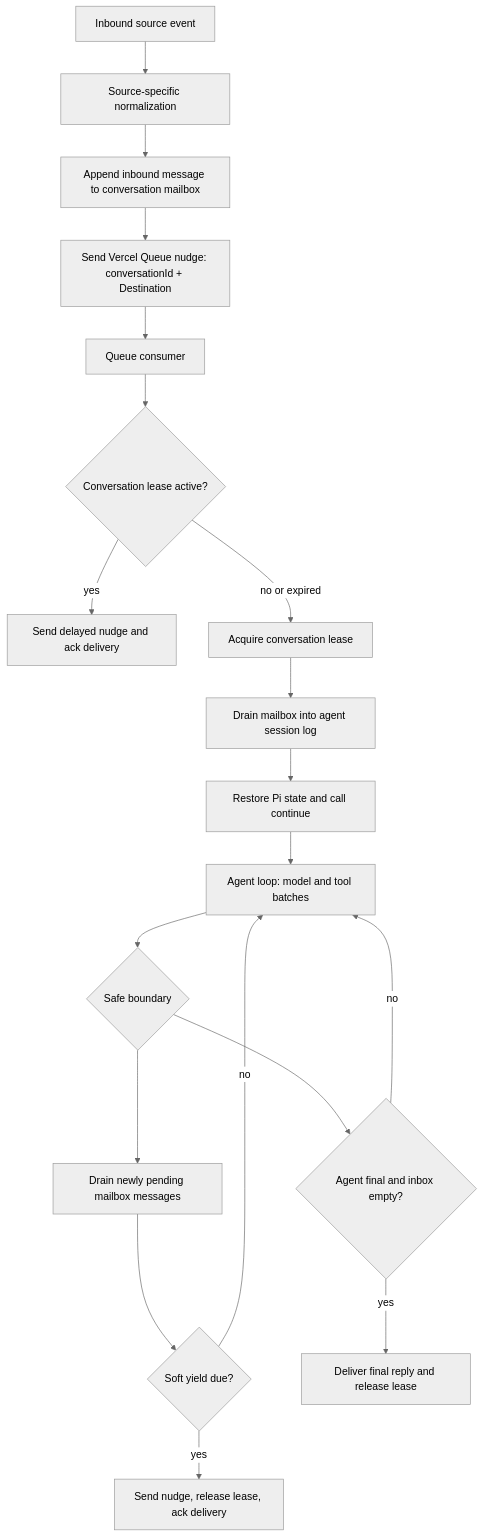
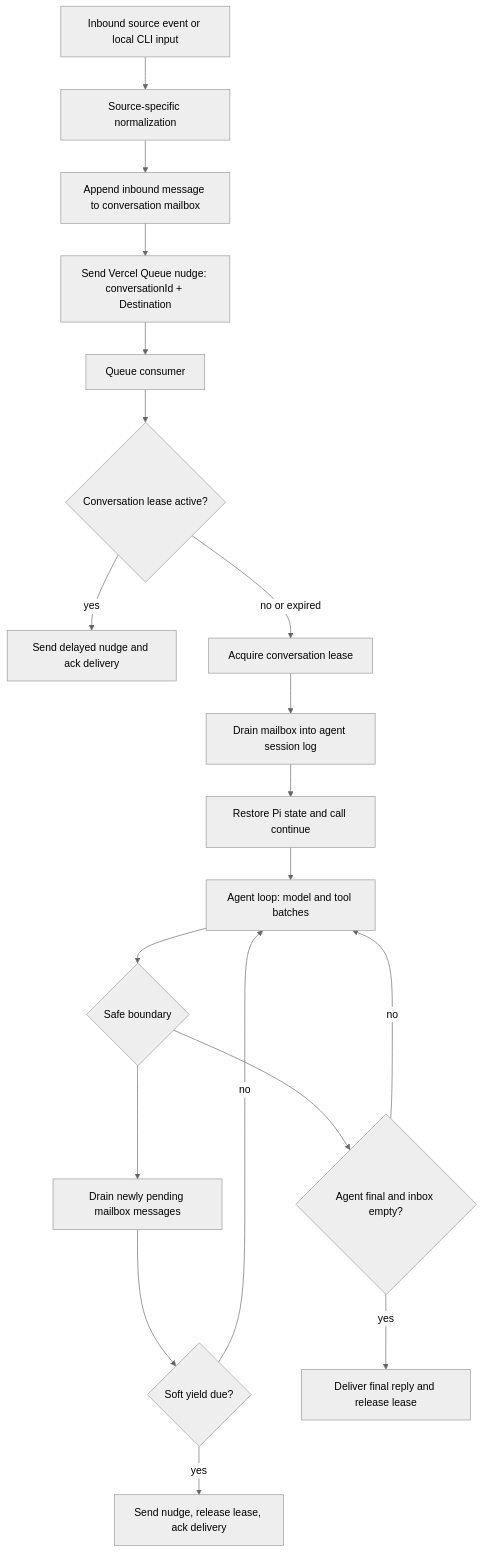
The diagram in specs/task-execution.md (getsentry/junior), drawn with Mermaid (neutral theme) before and after one commit. The commit also changed other lines of this file and 37 other files, not shown here.

First line of the commit message:
feat(cli): Add local agent chat

````diff
--- a/specs/task-execution.md
+++ b/specs/task-execution.md
@@ -79,21 +80,21 @@
 ```mermaid
 flowchart TD
-  A[Inbound source event] --> B[Source-specific normalization]
+  A[Inbound source event or local CLI input] --> B[Source-specific normalization]
   B --> C[Append inbound message to conversation mailbox]
   C --> D[Send Vercel Queue nudge: conversationId + Destination]
   D --> E[Queue consumer]
   E --> F{Conversation lease active?}
   F -->|yes| G[Send delayed nudge and ack delivery]
   F -->|no or expired| H[Acquire conversation lease]
   H --> I[Drain mailbox into agent session log]
   I --> J[Restore Pi state and call continue]
   J --> K[Agent loop: model and tool batches]
   K --> L{Safe boundary}
   L --> M[Drain newly pending mailbox messages]
   M --> N{Soft yield due?}
   N -->|yes| O[Send nudge, release lease, ack delivery]
   N -->|no| K
   L --> P{Agent final and inbox empty?}
   P -->|yes| Q[Deliver final reply and release lease]
   P -->|no| K
 ```
````
